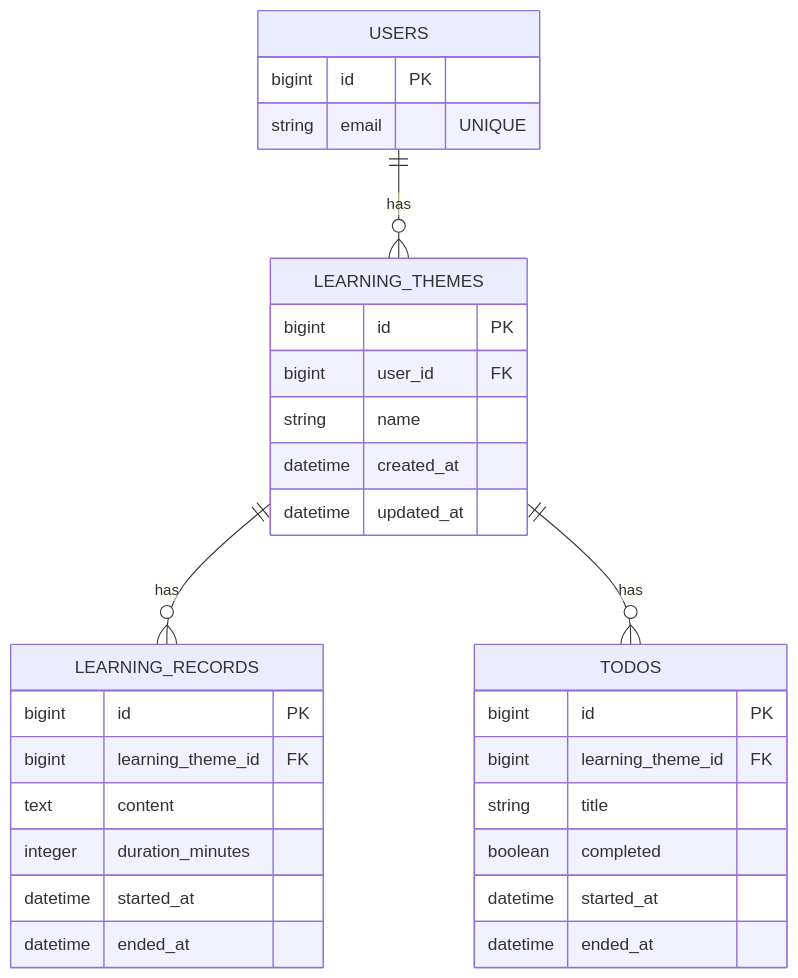
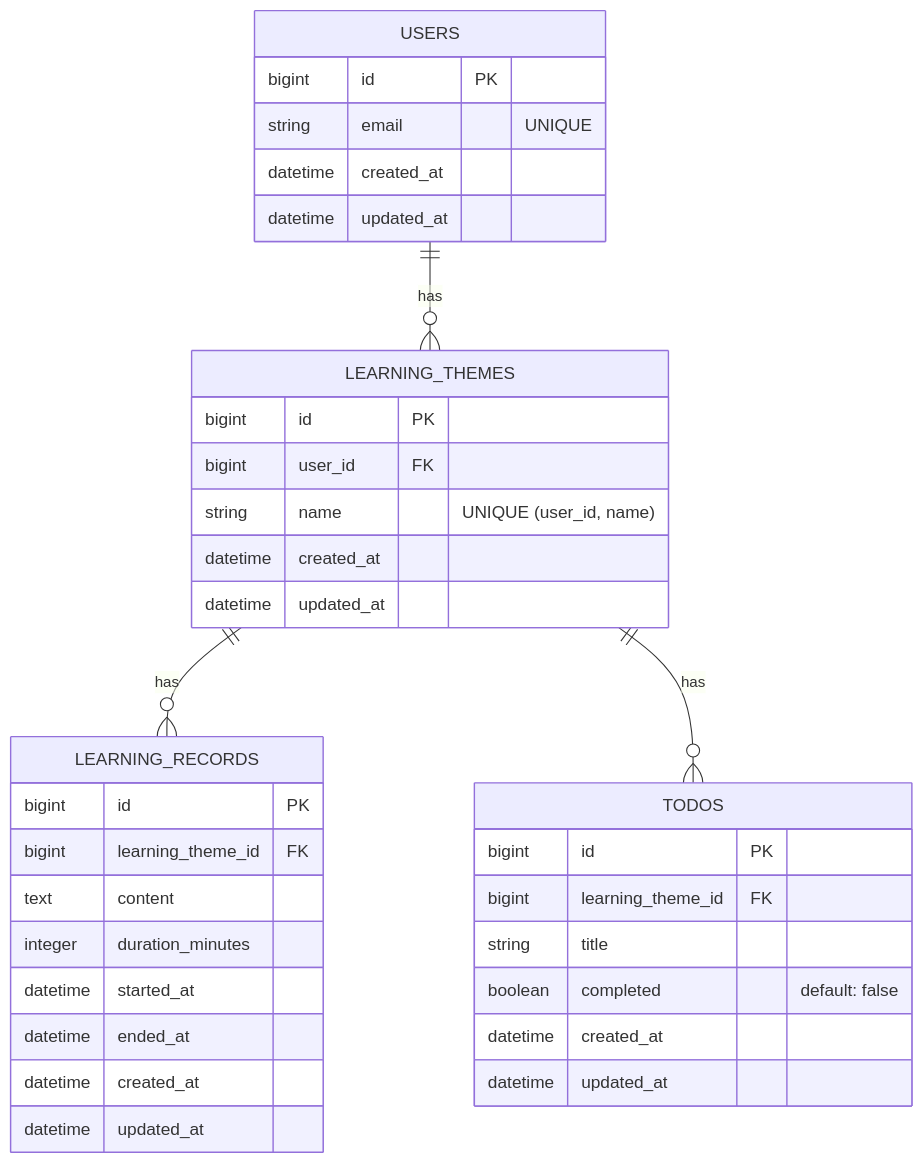
The diagram in docs/er_diagram.md (QynToKey/HowLongWillItLast), drawn with Mermaid before and after one commit.

Commit message:
docs:add Mermaid ERD

````diff
--- a/docs/er_diagram.md
+++ b/docs/er_diagram.md
@@ -125,38 +125,42 @@
 ```mermaid
 erDiagram
 
     USERS {
         bigint id PK
         string email "UNIQUE"
+        datetime created_at
+        datetime updated_at
     }
 
     LEARNING_THEMES {
         bigint id PK
         bigint user_id FK
-        string name
+        string name "UNIQUE (user_id, name)"
         datetime created_at
         datetime updated_at
     }
 
     LEARNING_RECORDS {
         bigint id PK
         bigint learning_theme_id FK
         text content
         integer duration_minutes
         datetime started_at
         datetime ended_at
+        datetime created_at
+        datetime updated_at
     }
 
     TODOS {
         bigint id PK
         bigint learning_theme_id FK
         string title
-        boolean completed
-        datetime started_at
-        datetime ended_at
+        boolean completed "default: false"
+        datetime created_at
+        datetime updated_at
     }
 
     USERS ||--o{ LEARNING_THEMES : has
     LEARNING_THEMES ||--o{ LEARNING_RECORDS : has
     LEARNING_THEMES ||--o{ TODOS : has
 ```
````
